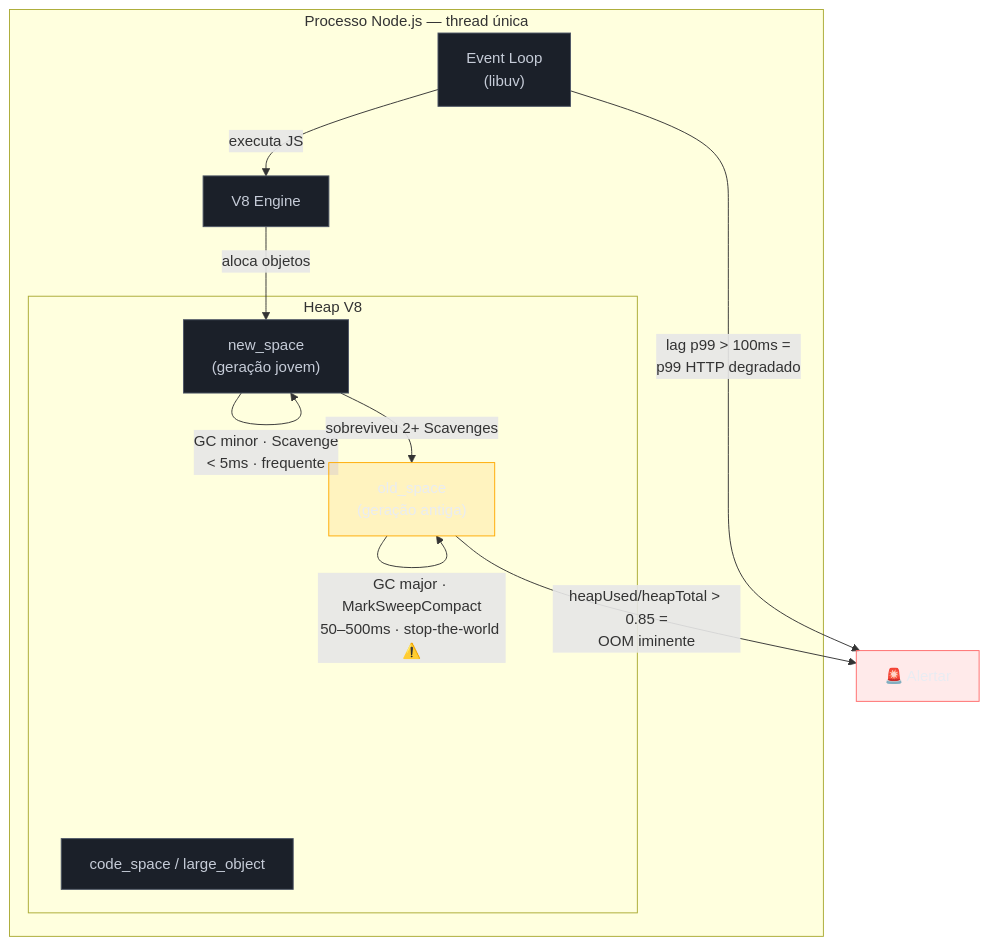
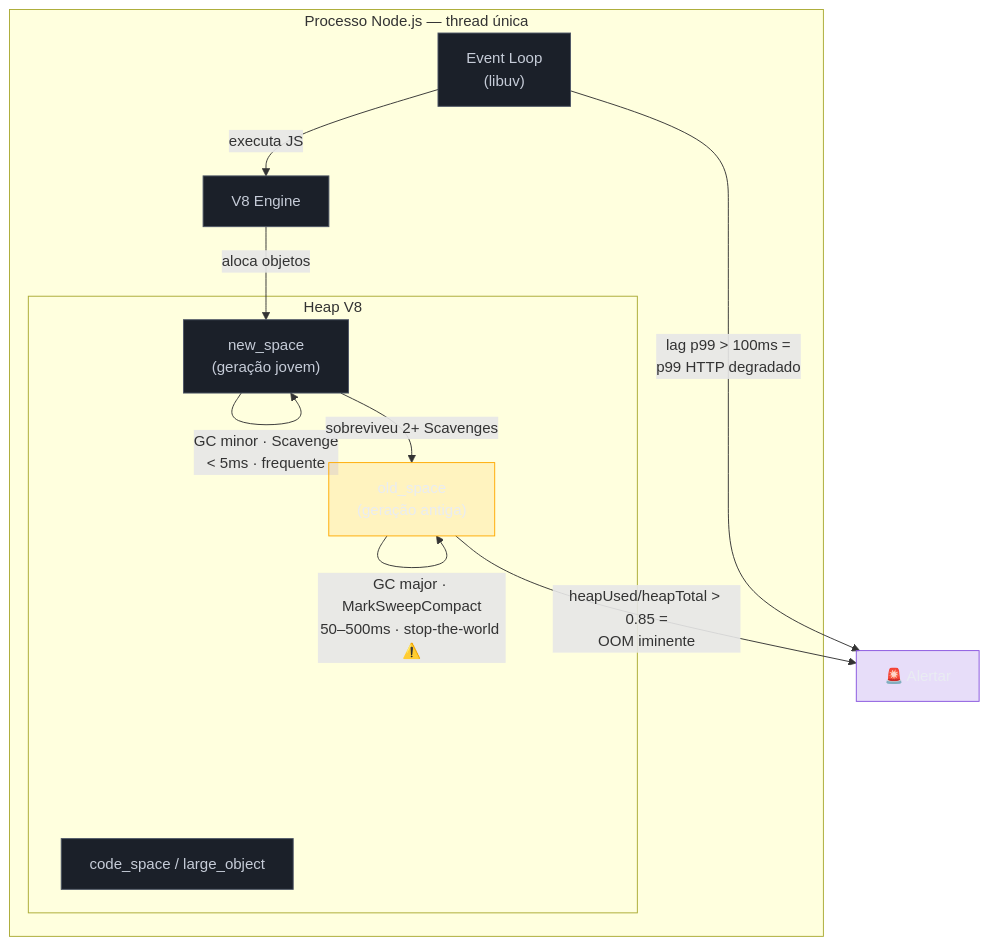
One commit to josenaldo/codex-technomanticus changed the diagram in 03-Dominios/Tecnologia/Node/Observability e produção/05 - Node-specific metrics - event loop lag, GC, heap.md. Above: the diagram before and after it, drawn with Mermaid. The commit also changed 601 other files, not shown here.

````diff
--- a/03-Dominios/Tecnologia/Node/Observability e produção/05 - Node-specific metrics - event loop lag, GC, heap.md
+++ b/03-Dominios/Tecnologia/Node/Observability e produção/05 - Node-specific metrics - event loop lag, GC, heap.md
@@ -34,31 +34,31 @@
 ```mermaid
 flowchart TB
+    classDef marca fill:#8855DF33,stroke:#8855DF,color:#E9ECF2
     classDef neutro fill:#1B2029,stroke:#4E5666,color:#C6CCD8
     classDef destaque fill:#FFAA0024,stroke:#FFAA00,color:#E9ECF2
-    classDef falha fill:#FF6B6B24,stroke:#FF6B6B,color:#E9ECF2
     subgraph proc["Processo Node.js — thread única"]
         EL["Event Loop\n(libuv)"]
         V8["V8 Engine"]
         subgraph heap["Heap V8"]
             NS["new_space\n(geração jovem)"]
             OS["old_space\n(geração antiga)"]
             CS["code_space / large_object"]
         end
         EL -->|"executa JS"| V8
         V8 -->|"aloca objetos"| NS
     end
 
     NS -->|"GC minor · Scavenge\n< 5ms · frequente"| NS
     NS -->|"sobreviveu 2+ Scavenges"| OS
     OS -->|"GC major · MarkSweepCompact\n50–500ms · stop-the-world ⚠️"| OS
 
     EL -->|"lag p99 > 100ms =\np99 HTTP degradado"| AL["🚨 Alertar"]
     OS -->|"heapUsed/heapTotal > 0.85 =\nOOM iminente"| AL
 
     class EL neutro
     class V8 neutro
     class NS neutro
     class OS destaque
     class CS neutro
-    class AL falha
+    class AL marca
 ```
````
